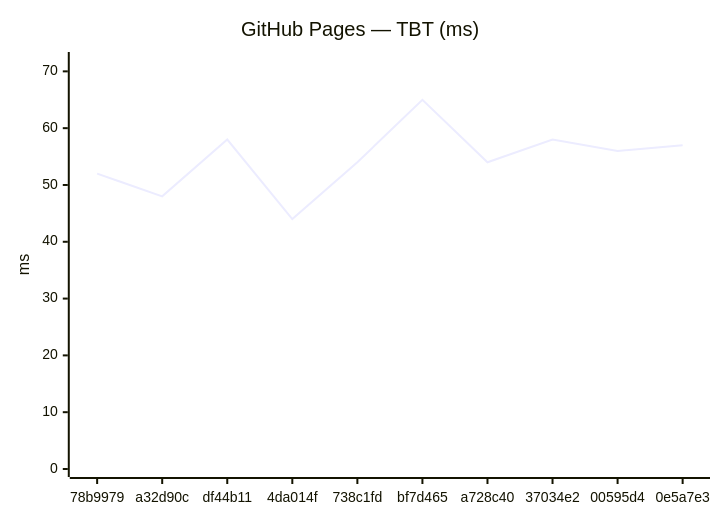
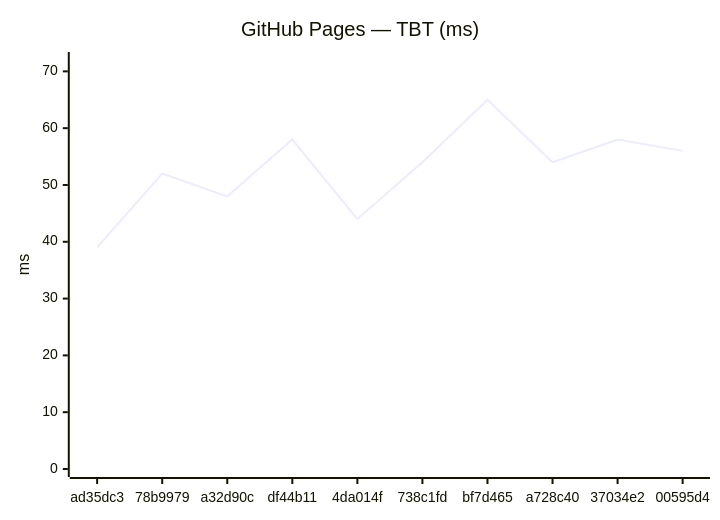
Before and after one commit to Metaheurist/Rianell: the fourth of 24 diagrams in benchmarks/compare.md, drawn with Mermaid. The commit also changed other lines of this file and 12 other files, not shown here.

````diff
--- a/benchmarks/compare.md
+++ b/benchmarks/compare.md
@@ -61,7 +61,7 @@
 ```mermaid
 xychart-beta
     title "GitHub Pages — TBT (ms)"
-    x-axis ["78b9979", "a32d90c", "df44b11", "4da014f", "738c1fd", "bf7d465", "a728c40", "37034e2", "00595d4", "0e5a7e3"]
+    x-axis ["ad35dc3", "78b9979", "a32d90c", "df44b11", "4da014f", "738c1fd", "bf7d465", "a728c40", "37034e2", "00595d4"]
     y-axis "ms" 0 --> 72
-    line [52, 48, 58, 44, 54, 65, 54, 58, 56, 57]
+    line [39, 52, 48, 58, 44, 54, 65, 54, 58, 56]
 ```
````
